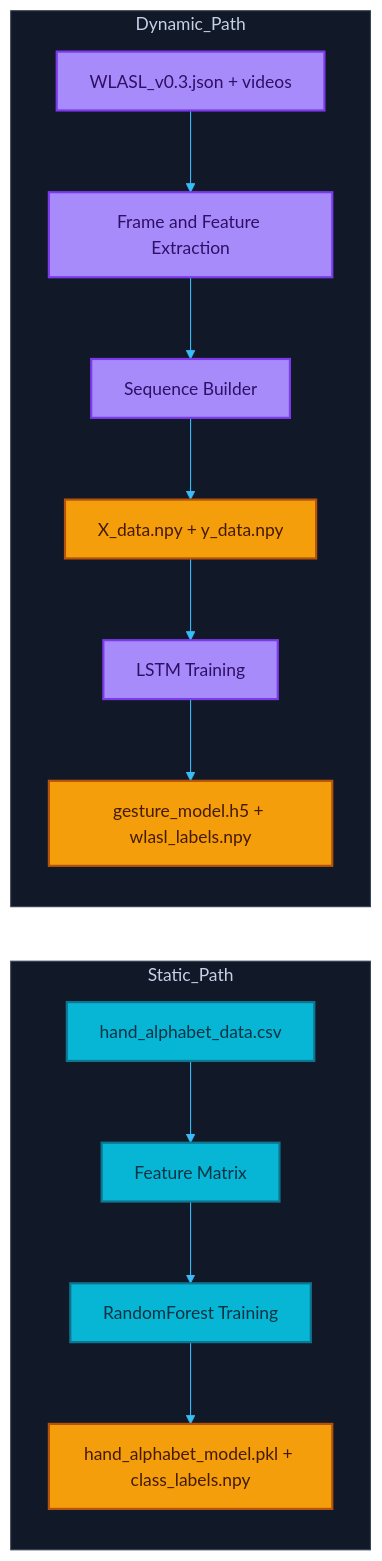
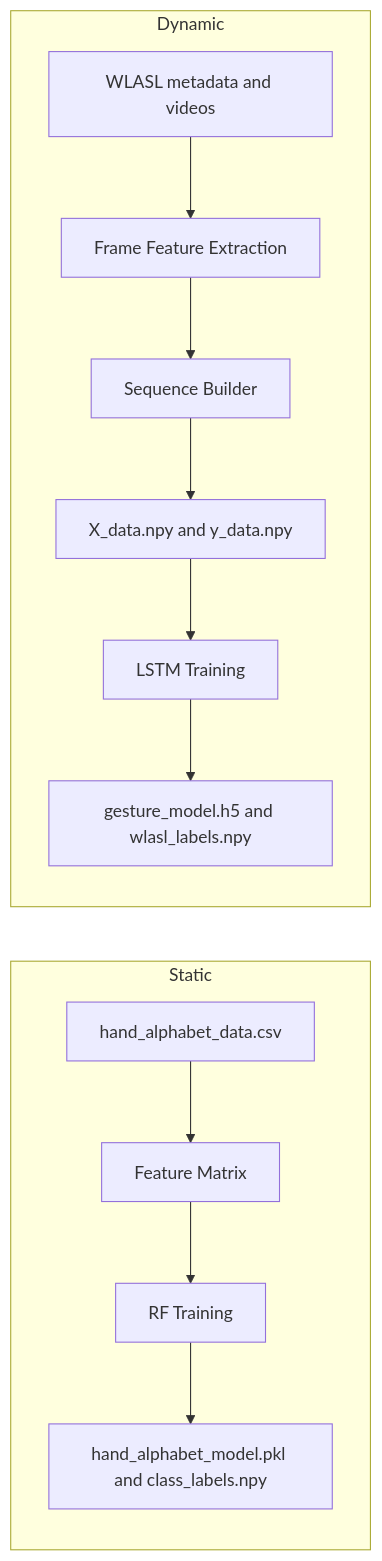
The third of 3 diagrams in README.md (RishiStudies/hand_sign_detection_dynamic), drawn with Mermaid before and after one commit. The commit also changed other lines of this file and 4 other files, not shown here.

````diff
--- a/README.md
+++ b/README.md
@@ -371,37 +276,21 @@
 ```mermaid
-%%{init: {'theme': 'base', 'themeVariables': {
-  'background': '#090f1a',
-  'primaryColor': '#111827',
-  'primaryTextColor': '#f8fafc',
-  'primaryBorderColor': '#22d3ee',
-  'lineColor': '#38bdf8',
-  'clusterBkg': '#111827',
-  'clusterBorder': '#334155'
-}}}%%
 flowchart LR
-  subgraph Static_Path
+  subgraph Static
     S1[hand_alphabet_data.csv]
     S2[Feature Matrix]
-    S3[RandomForest Training]
-    S4[hand_alphabet_model.pkl + class_labels.npy]
+    S3[RF Training]
+    S4[hand_alphabet_model.pkl and class_labels.npy]
   end
 
-  subgraph Dynamic_Path
-    D1[WLASL_v0.3.json + videos]
-    D2[Frame and Feature Extraction]
+  subgraph Dynamic
+    D1[WLASL metadata and videos]
+    D2[Frame Feature Extraction]
     D3[Sequence Builder]
-    D4[X_data.npy + y_data.npy]
+    D4[X_data.npy and y_data.npy]
     D5[LSTM Training]
-    D6[gesture_model.h5 + wlasl_labels.npy]
+    D6[gesture_model.h5 and wlasl_labels.npy]
   end
 
   S1 --> S2 --> S3 --> S4
   D1 --> D2 --> D3 --> D4 --> D5 --> D6
-
-  classDef static fill:#06b6d4,stroke:#0e7490,color:#083344,stroke-width:2px;
-  classDef dynamic fill:#a78bfa,stroke:#7c3aed,color:#2e1065,stroke-width:2px;
-  classDef artifact fill:#f59e0b,stroke:#b45309,color:#451a03,stroke-width:2px;
-  class S1,S2,S3 static;
-  class D1,D2,D3,D5 dynamic;
-  class S4,D4,D6 artifact;
 ```
````
